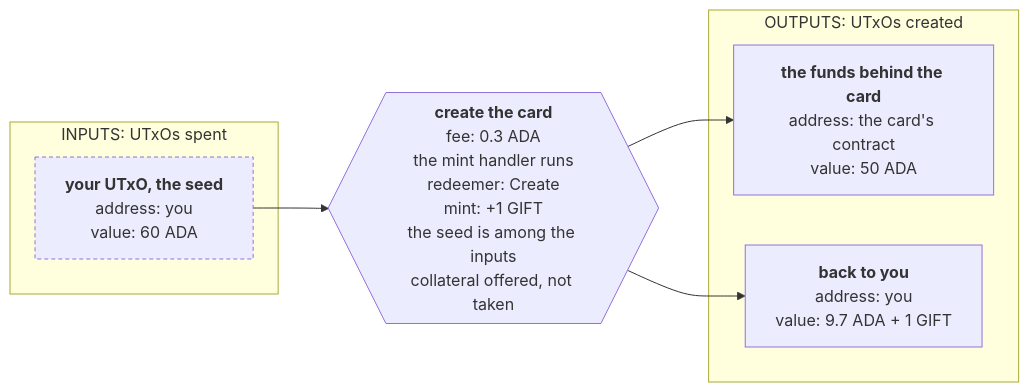
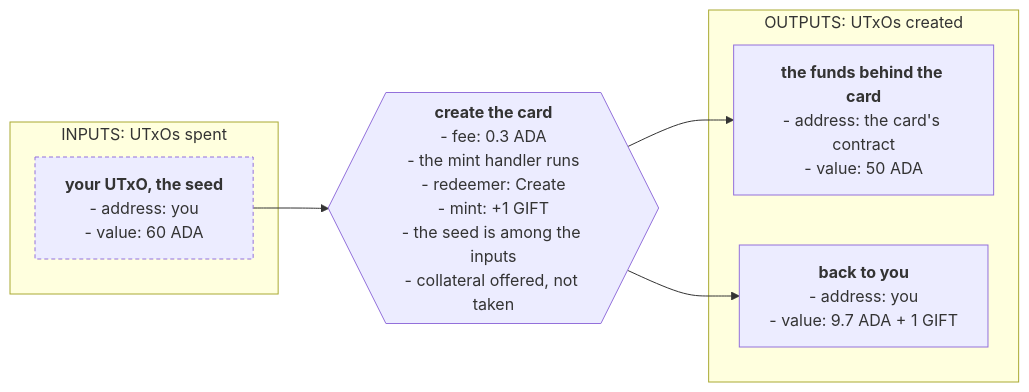
The first of 4 diagrams in docs/developers/onboarding/lectures/intermediate/11-multi-validators.md (cardano-foundation/developer-portal), drawn with Mermaid before and after one commit. The commit also changed other lines of this file and 8 other files, not shown here.

````diff
--- a/docs/developers/onboarding/lectures/intermediate/11-multi-validators.md
+++ b/docs/developers/onboarding/lectures/intermediate/11-multi-validators.md
@@ -67,30 +56,30 @@
 ```mermaid
 flowchart LR
     subgraph IN["INPUTS: UTxOs spent"]
         I["`**your UTxO, the seed**
-        address: you
-        value: 60 ADA`"]
+        - address: you
+        - value: 60 ADA`"]
     end
 
     TX{{"`**create the card**
-    fee: 0.3 ADA
-    the mint handler runs
-    redeemer: Create
-    mint: +1 GIFT
-    the seed is among the inputs
-    collateral offered, not taken`"}}
+    - fee: 0.3 ADA
+    - the mint handler runs
+    - redeemer: Create
+    - mint: +1 GIFT
+    - the seed is among the inputs
+    - collateral offered, not taken`"}}
 
     subgraph OUT["OUTPUTS: UTxOs created"]
         O1["`**the funds behind the card**
-        address: the card's contract
-        value: 50 ADA`"]
+        - address: the card's contract
+        - value: 50 ADA`"]
         O2["`**back to you**
-        address: you
-        value: 9.7 ADA + 1 GIFT`"]
+        - address: you
+        - value: 9.7 ADA + 1 GIFT`"]
     end
 
     I --> TX --> O1
     TX --> O2
 
     style I stroke-dasharray:4 3
 ```
````
